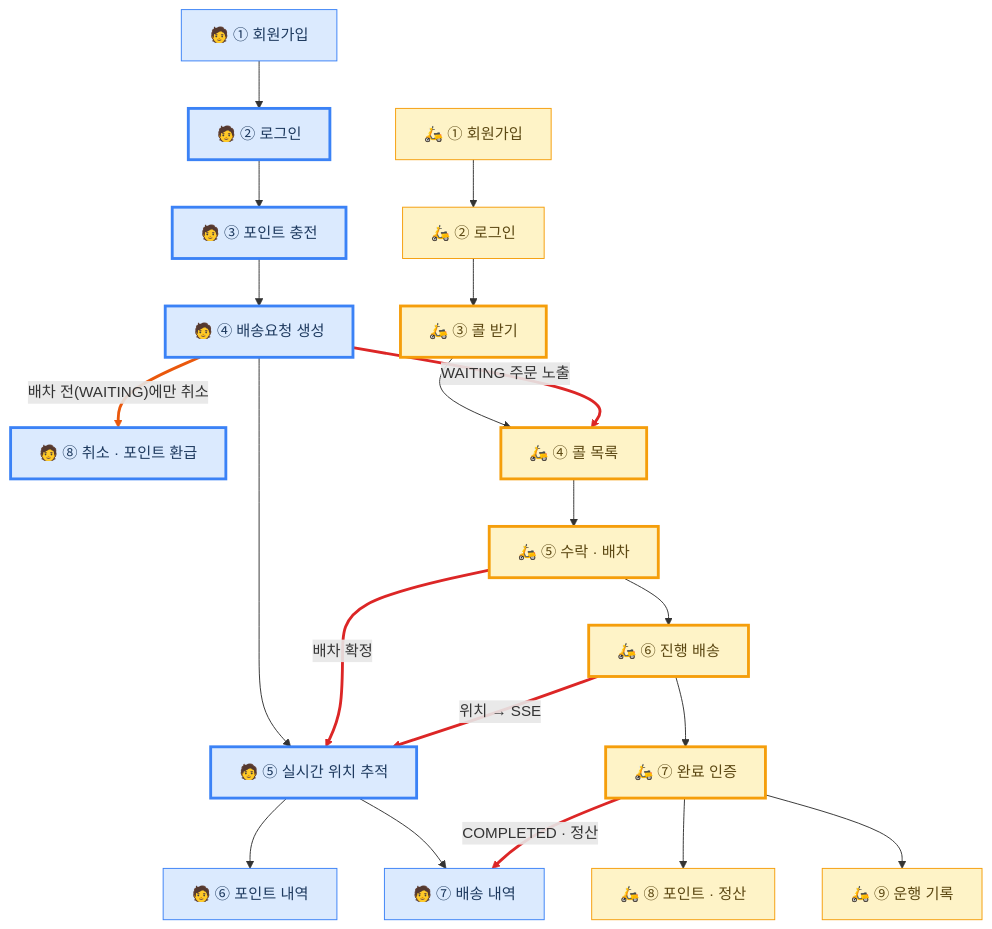
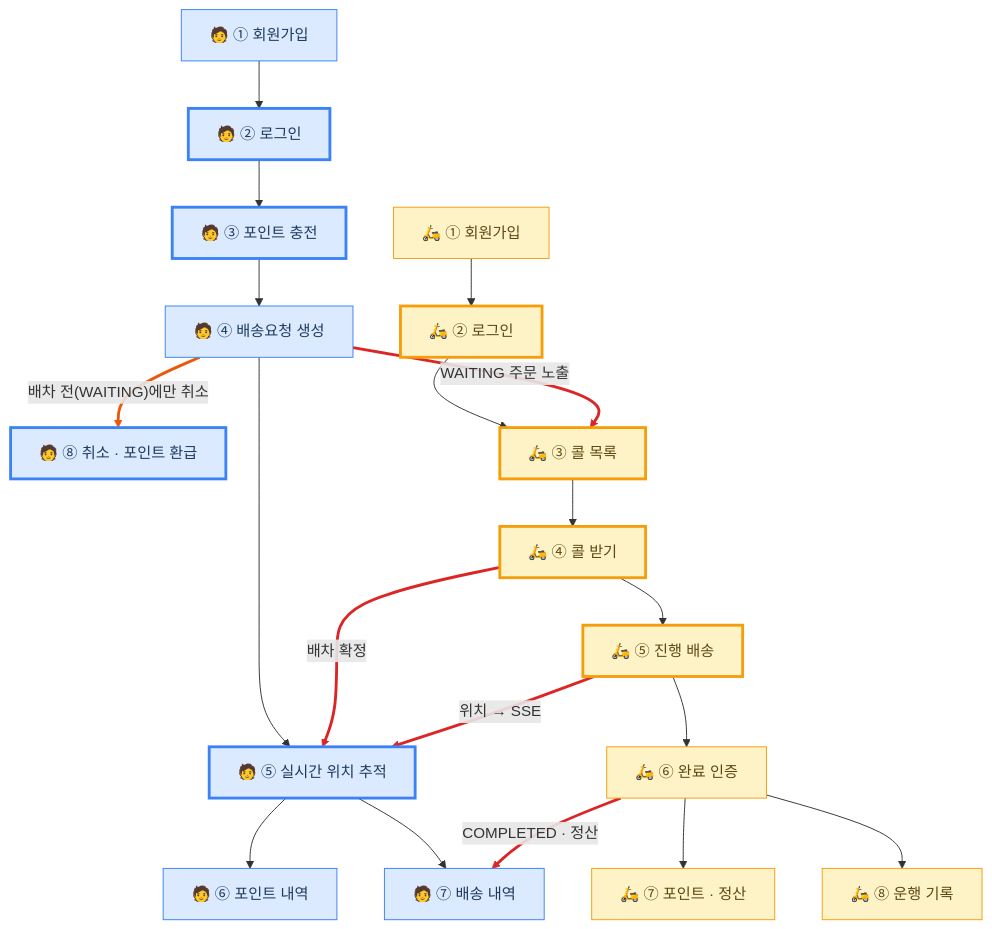
The diagram in README.md (softeerbootcamp-8th/WEB-Team7-Turkey), drawn with Mermaid before and after one commit. The commit also changed other lines of this file and 1 other file, not shown here.

Commit message:
docs: 흐름도 링크를 CORE 위키로 전환하고 라이더 노드 병합
콜 받기·수락·배차가 같은 행위라 노드 하나로 합쳤다(사람 확인). 라이더가
9개에서 8개로 줄고 순서도 콜 목록 → 콜 받기로 바뀐다.

링크 대상을 개별 ADR에서 주제별 CORE 위키로 바꿨다. CORE 위키가 그 주제의
디스커션·이슈·부하테스트·스터디를 모으는 허브가 되고, 기존 ADR도 그 안에서
링크된다. README에서 협업 기록 섹션을 뺀 것도 이 전제 위에 있다.

- 로그인은 고객·라이더 둘 다 같은 세션 인증이라 한 페이지를 가리킨다
- 취소는 취소=환급이라 결제 정합성에 건다
- 콜 목록에는 배차 위치 검색을 걸어 GEO vs MySQL 실험 기록이 흐름도에서
  닿을 수 있게 남겼다 — 콜 받기와는 다른 주제다
- 배송요청 생성과 완료 인증은 링크를 걸지 않는다

라이더 노드가 하나 줄어 교차 화살표 인덱스가 15~18에서 14~17로 당겨졌다.
렌더로 재확인했다(1067x974, 링크 8개, 취소 주황·교차 빨강).

README 헤딩도 h1에서 h2로 내려 문서 목차를 맞췄다.

Claude-Session: https://claude.ai/code/session_01D1Hn9yYj8Y5j72wwXqxBVw

````diff
--- a/README.md
+++ b/README.md
@@ -40,36 +39,34 @@
 ```mermaid
 flowchart TB
     C1["🧑 ① 회원가입"] --> C2["🧑 ② 로그인"] --> C3["🧑 ③ 포인트 충전"] --> C4["🧑 ④ 배송요청 생성"] --> C5["🧑 ⑤ 실시간 위치 추적"]
     C4 -->|"배차 전(WAITING)에만 취소"| C8["🧑 ⑧ 취소 · 포인트 환급"]
     C5 --> C6["🧑 ⑥ 포인트 내역"]
     C5 --> C7["🧑 ⑦ 배송 내역"]
 
-    R1["🛵 ① 회원가입"] --> R2["🛵 ② 로그인"] --> R3["🛵 ③ 콜 받기"] --> R4["🛵 ④ 콜 목록"] --> R5["🛵 ⑤ 수락 · 배차"] --> R6["🛵 ⑥ 진행 배송"] --> R7["🛵 ⑦ 완료 인증"]
-    R7 --> R8["🛵 ⑧ 포인트 · 정산"]
-    R7 --> R9["🛵 ⑨ 운행 기록"]
+    R1["🛵 ① 회원가입"] --> R2["🛵 ② 로그인"] --> R3["🛵 ③ 콜 목록"] --> R4["🛵 ④ 콜 받기"] --> R5["🛵 ⑤ 진행 배송"] --> R6["🛵 ⑥ 완료 인증"]
+    R6 --> R7["🛵 ⑦ 포인트 · 정산"]
+    R6 --> R8["🛵 ⑧ 운행 기록"]
 
-    C4 -->|"WAITING 주문 노출"| R4
-    R5 -->|"배차 확정"| C5
-    R6 -->|"위치 → SSE"| C5
-    R7 -->|"COMPLETED · 정산"| C7
+    C4 -->|"WAITING 주문 노출"| R3
+    R4 -->|"배차 확정"| C5
+    R5 -->|"위치 → SSE"| C5
+    R6 -->|"COMPLETED · 정산"| C7
 
-    click C2 href "https://github.com/softeerbootcamp-8th/WEB-Team7-Turkey/wiki/ADR‐002-Redis-사용" "ADR-002 · 세션을 Redis에 저장"
-    click C3 href "https://github.com/softeerbootcamp-8th/WEB-Team7-Turkey/wiki/TBD-포인트-충전-결제" "TBD · 포인트 충전 / PG 파사드"
-    click C4 href "https://github.com/softeerbootcamp-8th/WEB-Team7-Turkey/wiki/TBD-주문-생성과-포인트-차감" "TBD · 요금 대조 + 포인트 차감 단일 트랜잭션"
-    click C5 href "https://github.com/softeerbootcamp-8th/WEB-Team7-Turkey/wiki/ADR‐010:-위치-전달-방식(SSE)-부하테스트-검증" "ADR-010 · SSE vs Polling"
-    click R3 href "https://github.com/softeerbootcamp-8th/WEB-Team7-Turkey/wiki/ADR‐003-라이더-상태와-배송-상태-분리" "ADR-003 · 라이더 상태와 배송 상태 분리"
-    click R4 href "https://github.com/softeerbootcamp-8th/WEB-Team7-Turkey/wiki/TBD-배차-위치-검색-방향" "TBD · 주문 GEO 인덱싱 vs MySQL 쿼리"
-    click R5 href "https://github.com/softeerbootcamp-8th/WEB-Team7-Turkey/wiki/ADR‐006-배차-동시성-처리" "ADR-006 · 조건부 UPDATE(CAS)"
-    click R6 href "https://github.com/softeerbootcamp-8th/WEB-Team7-Turkey/wiki/ADR‐010:-위치-전달-방식(SSE)-부하테스트-검증" "ADR-010 · 위치 전송 · SSE 팬아웃"
-    click R7 href "https://github.com/softeerbootcamp-8th/WEB-Team7-Turkey/wiki/TBD-배송-완료와-정산" "TBD · 완료 인증 + 정산 생성 트랜잭션"
-    click C8 href "https://github.com/softeerbootcamp-8th/WEB-Team7-Turkey/wiki/TBD-고객-취소와-환급" "TBD · 취소=환급, 배차 전에만 허용"
+    click C2 href "https://github.com/softeerbootcamp-8th/WEB-Team7-Turkey/wiki/%5BCORE%5D-쿠키-세션-인증방식" "[CORE] 쿠키-세션 인증방식"
+    click R2 href "https://github.com/softeerbootcamp-8th/WEB-Team7-Turkey/wiki/%5BCORE%5D-쿠키-세션-인증방식" "[CORE] 쿠키-세션 인증방식"
+    click C3 href "https://github.com/softeerbootcamp-8th/WEB-Team7-Turkey/wiki/%5BCORE%5D-결제-정합성" "[CORE] 결제 정합성"
+    click C8 href "https://github.com/softeerbootcamp-8th/WEB-Team7-Turkey/wiki/%5BCORE%5D-결제-정합성" "[CORE] 결제 정합성 · 취소=환급"
+    click C5 href "https://github.com/softeerbootcamp-8th/WEB-Team7-Turkey/wiki/%5BCORE%5D-실시간-위치-추적" "[CORE] 실시간 위치 추적"
+    click R3 href "https://github.com/softeerbootcamp-8th/WEB-Team7-Turkey/wiki/%5BCORE%5D-배차-위치-검색" "[CORE] 배차 위치 검색"
+    click R4 href "https://github.com/softeerbootcamp-8th/WEB-Team7-Turkey/wiki/%5BCORE%5D-콜받기" "[CORE] 콜받기"
+    click R5 href "https://github.com/softeerbootcamp-8th/WEB-Team7-Turkey/wiki/%5BCORE%5D-배송-상태-전이" "[CORE] 배송 상태 전이"
 
     classDef cus fill:#dbeafe,stroke:#3b82f6,color:#1e3a5f
     classDef rid fill:#fef3c7,stroke:#f59e0b,color:#5c4813
-    classDef adr stroke-width:3px
+    classDef core stroke-width:3px
     class C1,C2,C3,C4,C5,C6,C7,C8 cus
-    class R1,R2,R3,R4,R5,R6,R7,R8,R9 rid
-    class C2,C3,C4,C5,C8,R3,R4,R5,R6,R7 adr
-    linkStyle 15,16,17,18 stroke:#dc2626,stroke-width:3px
+    class R1,R2,R3,R4,R5,R6,R7,R8 rid
+    class C2,C3,C5,C8,R2,R3,R4,R5 core
+    linkStyle 14,15,16,17 stroke:#dc2626,stroke-width:3px
     linkStyle 4 stroke:#ea580c,stroke-width:3px
 ```
````
